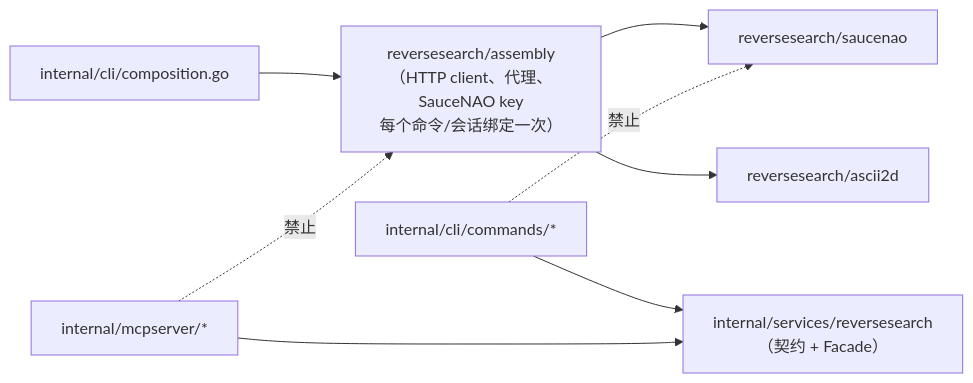
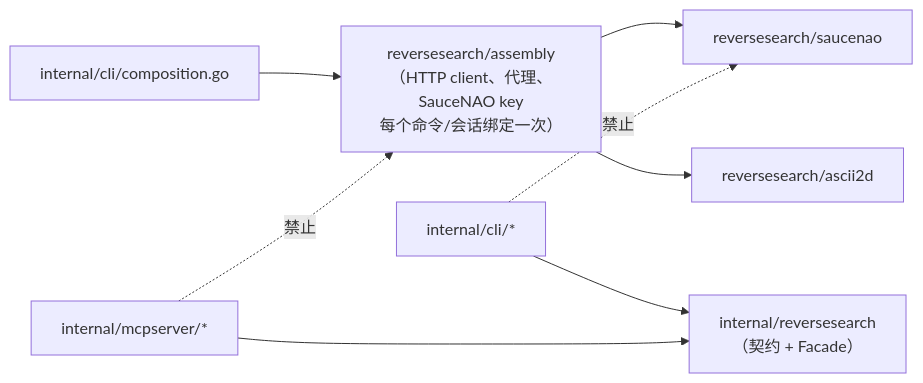
The third of 5 diagrams in docs/zh-CN/maintainers/architecture.md (FlanChanXwO/pixiv-cli), drawn with Mermaid before and after one commit. The commit also changed other lines of this file and 708 other files, not shown here.

````diff
--- a/docs/zh-CN/maintainers/architecture.md
+++ b/docs/zh-CN/maintainers/architecture.md
@@ -149,10 +149,10 @@
 ```mermaid
 flowchart LR
     COMP["internal/cli/composition.go"] --> ASM["reversesearch/assembly<br/>（HTTP client、代理、SauceNAO key<br/>每个命令/会话绑定一次）"]
     ASM --> SN["reversesearch/saucenao"]
     ASM --> A2["reversesearch/ascii2d"]
-    CMDS["internal/cli/commands/*"] --> TOP["internal/services/reversesearch<br/>（契约 + Facade）"]
+    CMDS["internal/cli/*"] --> TOP["internal/reversesearch<br/>（契约 + Facade）"]
     MCPS["internal/mcpserver/*"] --> TOP
     CMDS -.->|禁止| SN
     MCPS -.->|禁止| ASM
 ```
````
